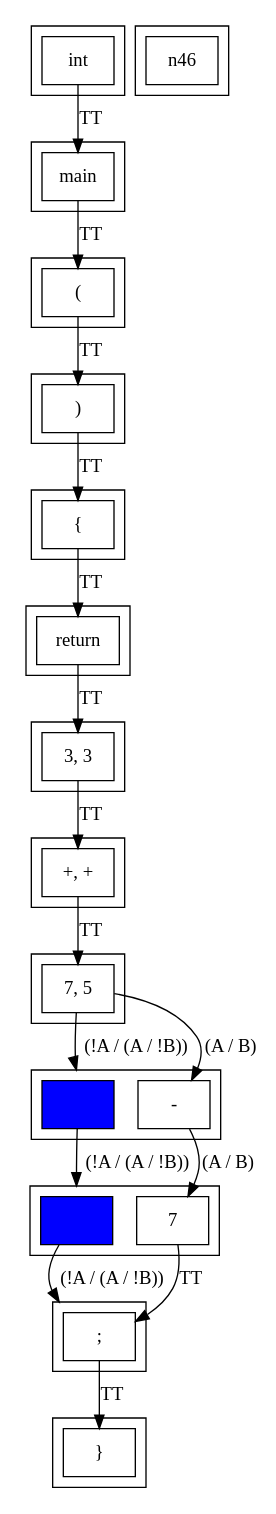
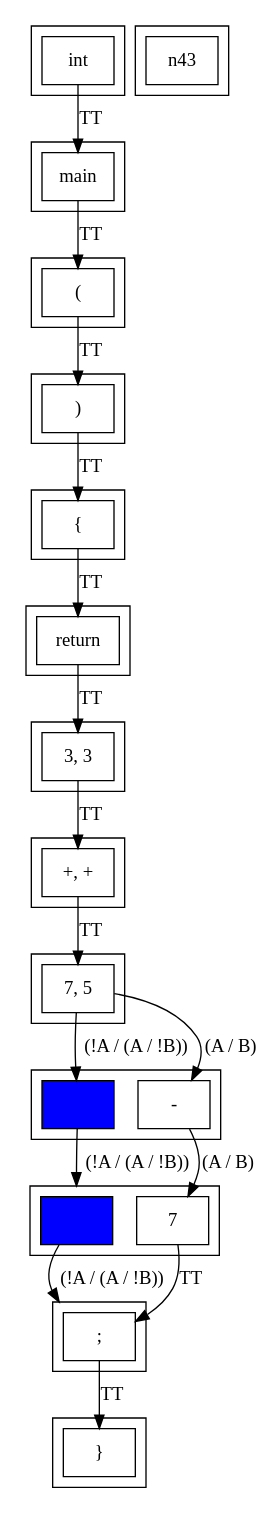
Before and after one commit to ramyshahin/ProductLineAnalysis: the diagram in haskell/test.c.l.dot, drawn with Graphviz. The commit also changed 21 other files, not shown here.

```diff
--- a/haskell/test.c.l.dot
+++ b/haskell/test.c.l.dot
@@ -1,48 +1,48 @@
 digraph {
 compound=true;
 node[shape=box]
-subgraph cluster5 { rank = same; n6; }
-n6[label="int"]
-subgraph cluster7 { rank = same; n8; }
-n8[label="main"]
-n6 -> n8 [label = "TT"; lhead = cluster9]
-subgraph cluster10 { rank = same; n11; }
-n11[label="("]
-n8 -> n11 [label = "TT"; lhead = cluster12]
-subgraph cluster13 { rank = same; n14; }
-n14[label=")"]
-n11 -> n14 [label = "TT"; lhead = cluster15]
-subgraph cluster16 { rank = same; n17; }
-n17[label="{"]
-n14 -> n17 [label = "TT"; lhead = cluster18]
-subgraph cluster19 { rank = same; n20; }
-n20[label="return"]
-n17 -> n20 [label = "TT"; lhead = cluster21]
-subgraph cluster22 { rank = same; n23; }
-n23[label="3, 3"]
-n20 -> n23 [label = "TT"; lhead = cluster24]
-subgraph cluster25 { rank = same; n26; }
-n26[label="+, +"]
-n23 -> n26 [label = "TT"; lhead = cluster27]
-subgraph cluster28 { rank = same; n29; }
-n29[label="7, 5"]
-n26 -> n29 [label = "TT"; lhead = cluster30]
-subgraph cluster31 { rank = same; n32; n33; }
-n32[label="";style=filled;fillcolor=blue]
-n29 -> n32 [label = "(!A \/ (A /\ !B))"; lhead = cluster31]
-n32 -> n34 [label = "(!A \/ (A /\ !B))"; lhead = cluster35]
-n33[label="-"]
-n29 -> n33 [label = "(A /\ B)"; lhead = cluster36]
-subgraph cluster35 { rank = same; n34; n37; }
-n34[label="";style=filled;fillcolor=blue]
-n34 -> n38 [label = "(!A \/ (A /\ !B))"; lhead = cluster39]
-n37[label="7"]
-n33 -> n37 [label = "(A /\ B)"; lhead = cluster40]
-subgraph cluster39 { rank = same; n38; }
-n38[label=";"]
-n37 -> n38 [label = "TT"; lhead = cluster41]
+subgraph cluster1 { rank = same; n2; }
+n2[label="int"]
+subgraph cluster3 { rank = same; n4; }
+n4[label="main"]
+n2 -> n4 [label = "TT"; lhead = cluster5]
+subgraph cluster6 { rank = same; n7; }
+n7[label="("]
+n4 -> n7 [label = "TT"; lhead = cluster8]
+subgraph cluster9 { rank = same; n10; }
+n10[label=")"]
+n7 -> n10 [label = "TT"; lhead = cluster11]
+subgraph cluster12 { rank = same; n13; }
+n13[label="{"]
+n10 -> n13 [label = "TT"; lhead = cluster14]
+subgraph cluster15 { rank = same; n16; }
+n16[label="return"]
+n13 -> n16 [label = "TT"; lhead = cluster17]
+subgraph cluster18 { rank = same; n19; }
+n19[label="3, 3"]
+n16 -> n19 [label = "TT"; lhead = cluster20]
+subgraph cluster21 { rank = same; n22; }
+n22[label="+, +"]
+n19 -> n22 [label = "TT"; lhead = cluster23]
+subgraph cluster24 { rank = same; n25; }
+n25[label="7, 5"]
+n22 -> n25 [label = "TT"; lhead = cluster26]
+subgraph cluster27 { rank = same; n28; n29; }
+n28[label="";style=filled;fillcolor=blue]
+n25 -> n28 [label = "(!A \/ (A /\ !B))"; lhead = cluster30]
+n28 -> n31 [label = "(!A \/ (A /\ !B))"; lhead = cluster33]
+n29[label="-"]
+n25 -> n29 [label = "(A /\ B)"; lhead = cluster34]
+subgraph cluster33 { rank = same; n31; n32; }
+n31[label="";style=filled;fillcolor=blue]
+n31 -> n35 [label = "(!A \/ (A /\ !B))"; lhead = cluster36]
+n32[label="7"]
+n29 -> n32 [label = "(A /\ B)"; lhead = cluster37]
+subgraph cluster36 { rank = same; n35; }
+n35[label=";"]
+n32 -> n35 [label = "TT"; lhead = cluster38]
+subgraph cluster39 { rank = same; n40; }
+n40[label="}"]
+n35 -> n40 [label = "TT"; lhead = cluster41]
 subgraph cluster42 { rank = same; n43; }
-n43[label="}"]
-n38 -> n43 [label = "TT"; lhead = cluster44]
-subgraph cluster45 { rank = same; n46; }
 }
```
